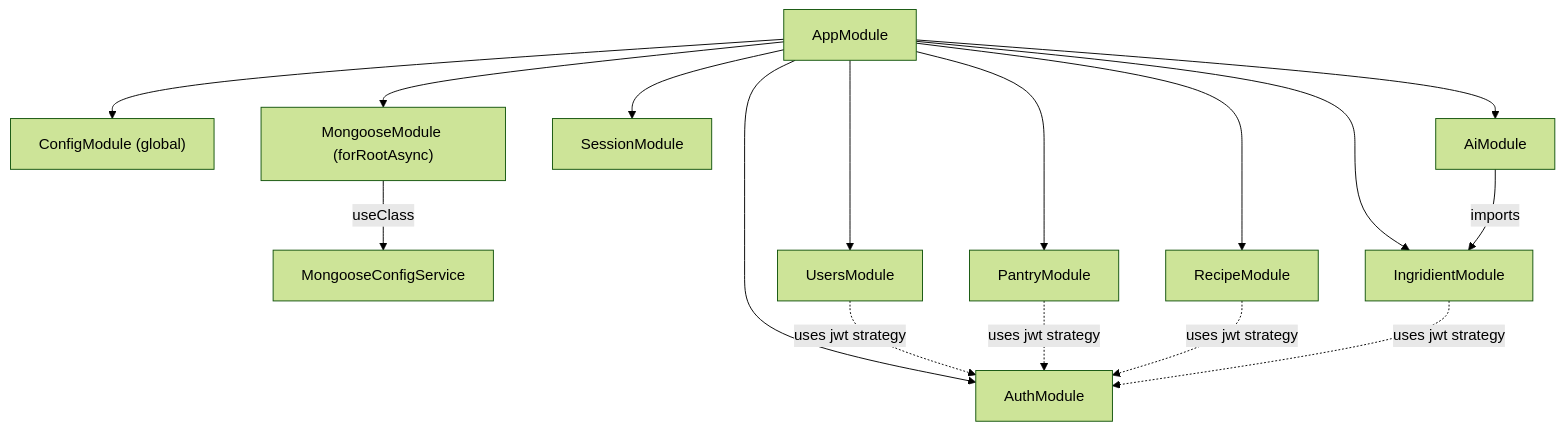
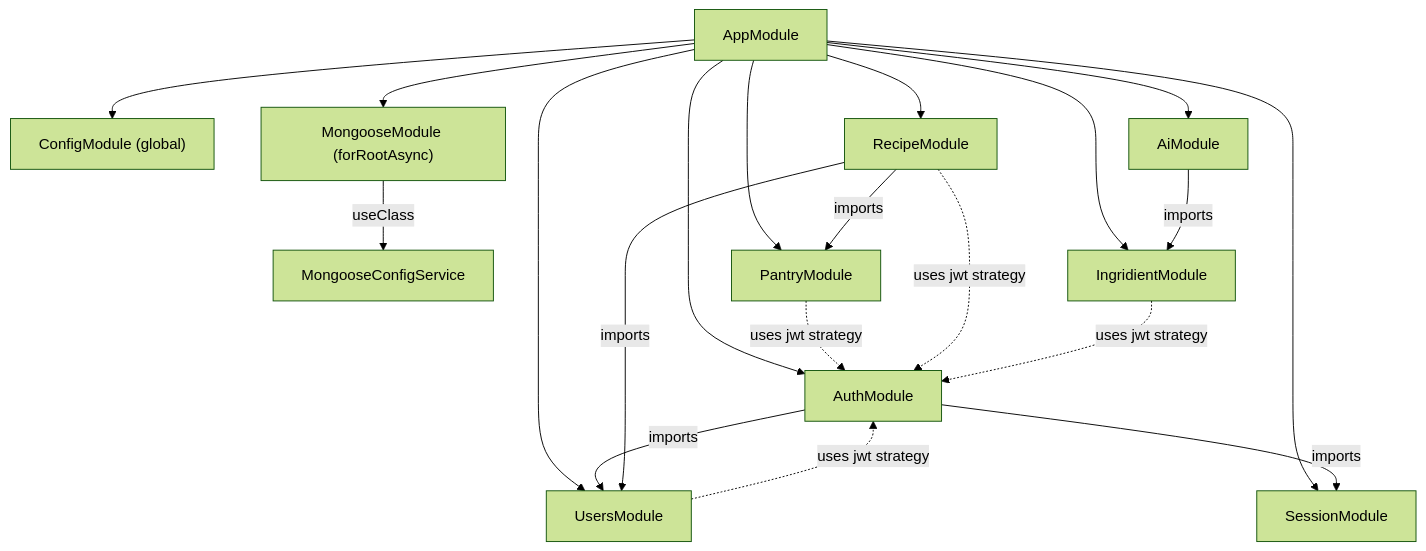
The second of 3 diagrams in docs/ARCHITECTURE.md (blitzy-public-samples/pantry-chef-traditional), drawn with Mermaid (forest theme) before and after one commit. The commit also changed other lines of this file and 6 other files, not shown here.

````diff
--- a/docs/ARCHITECTURE.md
+++ b/docs/ARCHITECTURE.md
@@ -178,30 +183,34 @@
 ```mermaid
 graph TD
     AppModule["AppModule"]
     ConfigModule["ConfigModule (global)"]
     MongooseModule["MongooseModule (forRootAsync)"]
     MongooseConfigService["MongooseConfigService"]
     Auth["AuthModule"]
     Session["SessionModule"]
     Users["UsersModule"]
     Ingridient["IngridientModule"]
     Pantry["PantryModule"]
     Recipe["RecipeModule"]
     Ai["AiModule"]
 
     AppModule --> ConfigModule
     AppModule --> MongooseModule
     MongooseModule -->|"useClass"| MongooseConfigService
     AppModule --> Auth
     AppModule --> Session
     AppModule --> Users
     AppModule --> Ingridient
     AppModule --> Pantry
     AppModule --> Recipe
     AppModule --> Ai
     Ai -->|"imports"| Ingridient
+    Auth -->|"imports"| Users
+    Auth -->|"imports"| Session
+    Recipe -->|"imports"| Users
+    Recipe -->|"imports"| Pantry
     Users -.->|"uses jwt strategy"| Auth
     Pantry -.->|"uses jwt strategy"| Auth
     Recipe -.->|"uses jwt strategy"| Auth
     Ingridient -.->|"uses jwt strategy"| Auth
 ```
````
